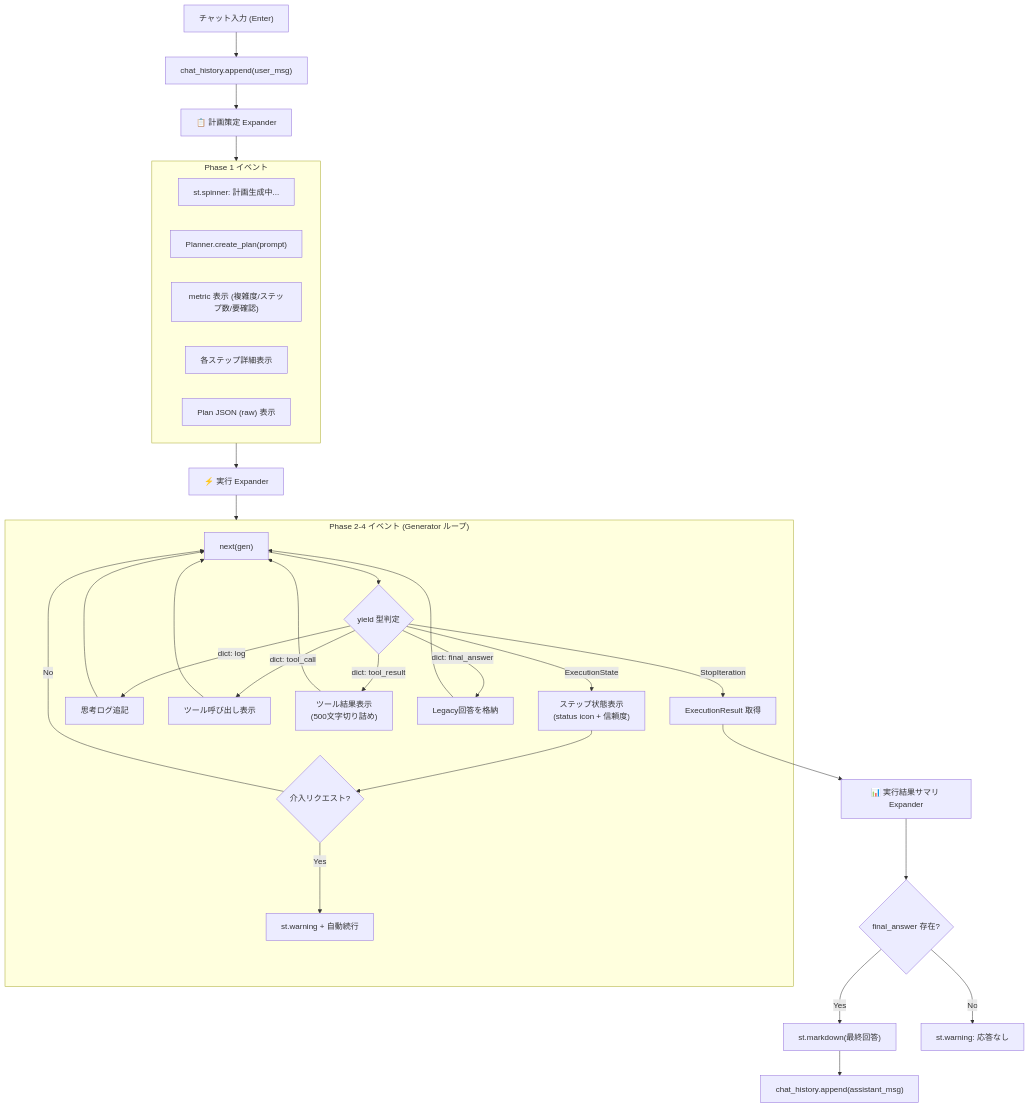
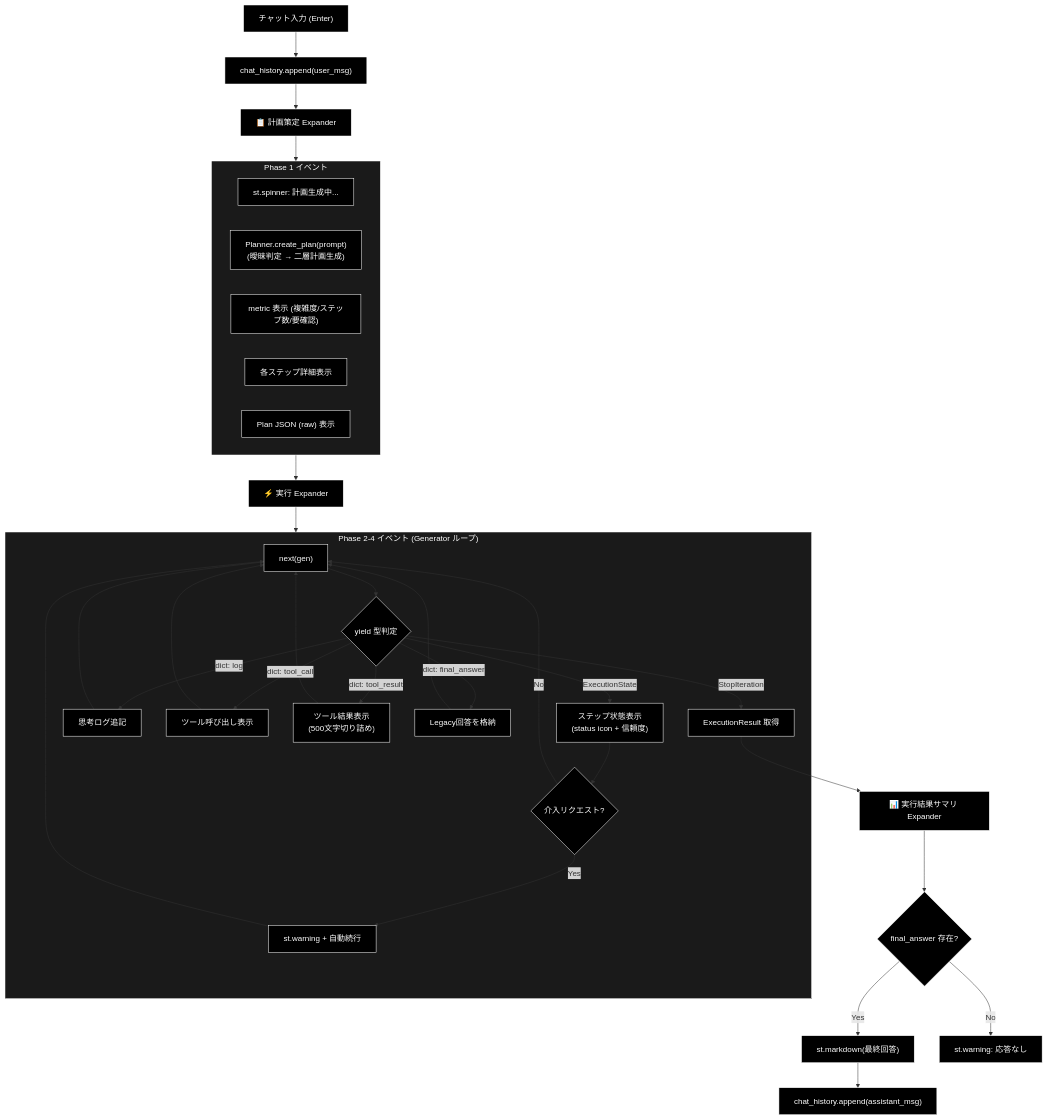
Diagram 12 of 13 in readme_autonomous_agent.md (nakashima2toshio/openai_grace_agent), drawn with Mermaid before and after one commit. The commit also changed other lines of this file and 4 other files, not shown here.

````diff
--- a/readme_autonomous_agent.md
+++ b/readme_autonomous_agent.md
@@ -1351,46 +1709,52 @@
 ```mermaid
 flowchart TB
     A["チャット入力 (Enter)"] --> B["chat_history.append(user_msg)"]
     B --> C["📋 計画策定 Expander"]
 
     subgraph PlanEvents["Phase 1 イベント"]
         C1["st.spinner: 計画生成中..."]
-        C2["Planner.create_plan(prompt)"]
+        C2["Planner.create_plan(prompt)<br/>(曖昧判定 → 二層計画生成)"]
         C3["metric 表示 (複雑度/ステップ数/要確認)"]
         C4["各ステップ詳細表示"]
         C5["Plan JSON (raw) 表示"]
     end
     C --> PlanEvents
 
     PlanEvents --> D["⚡ 実行 Expander"]
 
     subgraph ExecEvents["Phase 2-4 イベント (Generator ループ)"]
         D1["next(gen)"]
         D1 --> D2{"yield 型判定"}
         D2 -->|ExecutionState| D3["ステップ状態表示<br/>(status icon + 信頼度)"]
         D3 --> D3a{"介入リクエスト?"}
         D3a -->|Yes| D3b["st.warning + 自動続行"]
         D3a -->|No| D1
+        D3b --> D1
 
-        D2 -->|dict: log| D4["思考ログ追記"]
+        D2 -->|"dict: log"| D4["思考ログ追記"]
         D4 --> D1
 
-        D2 -->|dict: tool_call| D5["ツール呼び出し表示"]
+        D2 -->|"dict: tool_call"| D5["ツール呼び出し表示"]
         D5 --> D1
 
-        D2 -->|dict: tool_result| D6["ツール結果表示<br/>(500文字切り詰め)"]
+        D2 -->|"dict: tool_result"| D6["ツール結果表示<br/>(500文字切り詰め)"]
         D6 --> D1
 
-        D2 -->|dict: final_answer| D7["Legacy回答を格納"]
+        D2 -->|"dict: final_answer"| D7["Legacy回答を格納"]
         D7 --> D1
 
         D2 -->|StopIteration| D8["ExecutionResult 取得"]
     end
     D --> ExecEvents
 
     D8 --> E["📊 実行結果サマリ Expander"]
     E --> F{"final_answer 存在?"}
     F -->|Yes| G["st.markdown(最終回答)"]
     G --> H["chat_history.append(assistant_msg)"]
     F -->|No| I["st.warning: 応答なし"]
+classDef default fill:#000,stroke:#fff,color:#fff
+classDef subgraphStyle fill:#1a1a1a,stroke:#fff,color:#fff
+class A,B,C,C1,C2,C3,C4,C5,D,D1,D2,D3,D3a,D3b,D4,D5,D6,D7,D8,E,F,G,H,I default
+style PlanEvents fill:#1a1a1a,stroke:#fff,color:#fff
+style ExecEvents fill:#1a1a1a,stroke:#fff,color:#fff
 ```
````
